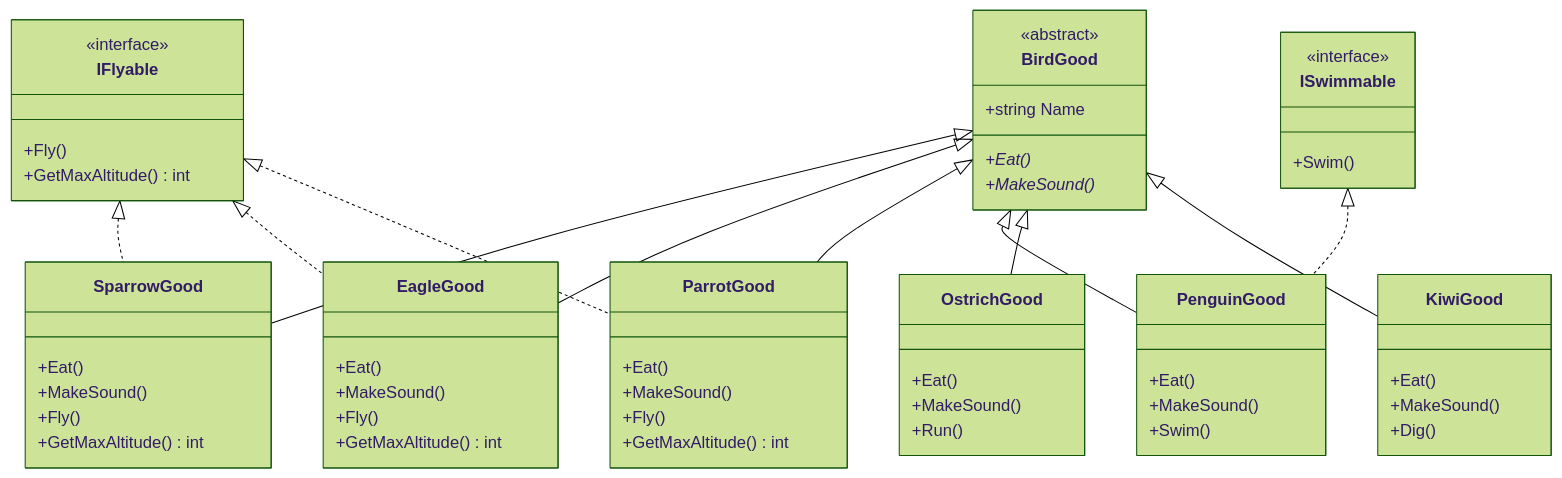
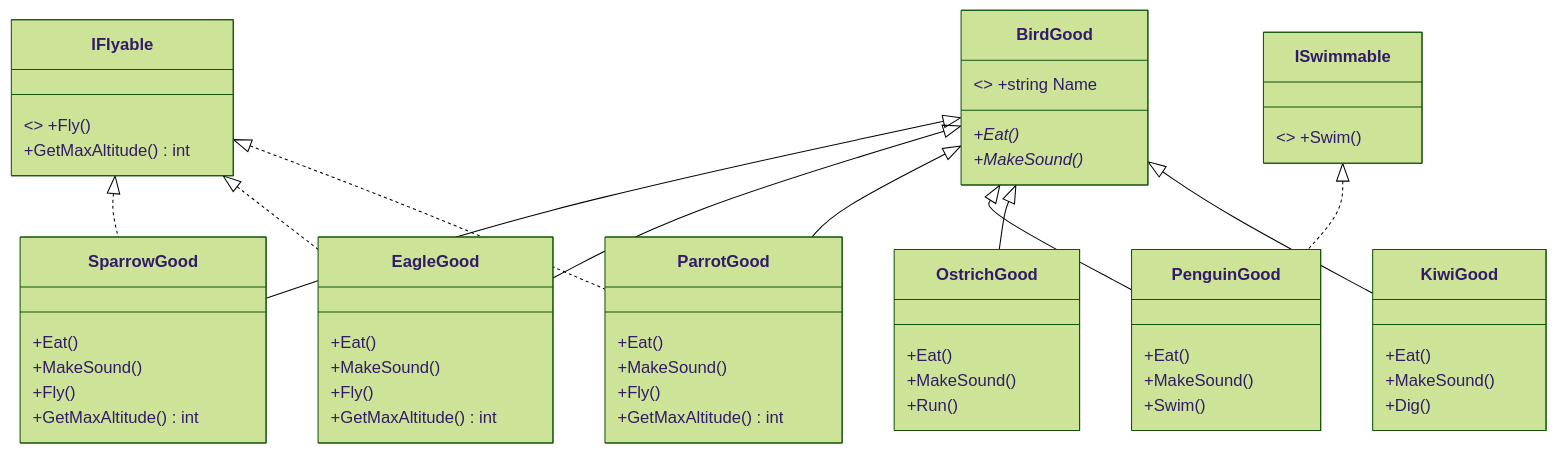
Before and after one commit to MrTomkaYurii/CSharp-OOP-Mastery: the third of 4 diagrams in 08-Architecture-And-Patterns/01-SOLID-Principles/OOP - SOLID/L/README.md, drawn with Mermaid (forest theme). The commit also changed other lines of this file and 246 other files, not shown here.

Commit message:
feat(architecture): restructure 08 around SOLID, Generic Host (Config & Logging), DI, AutoMapper, Spectre.Console and 3-tier EF Core app

````diff
--- a/08-Architecture-And-Patterns/01-SOLID-Principles/OOP - SOLID/L/README.md
+++ b/08-Architecture-And-Patterns/01-SOLID-Principles/OOP - SOLID/L/README.md
@@ -214,72 +213,69 @@
 ```mermaid
 classDiagram
     class BirdGood {
-        <<abstract>>
-        +string Name
+        <<abstract>> +string Name
         +Eat()*
         +MakeSound()*
     }
 
     class IFlyable {
-        <<interface>>
-        +Fly()
+        <<interface>> +Fly()
         +GetMaxAltitude() int
     }
 
     class ISwimmable {
-        <<interface>>
-        +Swim()
+        <<interface>> +Swim()
     }
 
     class SparrowGood {
         +Eat()
         +MakeSound()
         +Fly()
         +GetMaxAltitude() int
     }
 
     class EagleGood {
         +Eat()
         +MakeSound()
         +Fly()
         +GetMaxAltitude() int
     }
 
     class ParrotGood {
         +Eat()
         +MakeSound()
         +Fly()
         +GetMaxAltitude() int
     }
 
     class PenguinGood {
         +Eat()
         +MakeSound()
         +Swim()
     }
 
     class OstrichGood {
         +Eat()
         +MakeSound()
         +Run()
     }
 
     class KiwiGood {
         +Eat()
         +MakeSound()
         +Dig()
     }
 
     BirdGood <|-- SparrowGood
     BirdGood <|-- EagleGood
     BirdGood <|-- ParrotGood
     BirdGood <|-- PenguinGood
     BirdGood <|-- OstrichGood
     BirdGood <|-- KiwiGood
 
     IFlyable <|.. SparrowGood
     IFlyable <|.. EagleGood
     IFlyable <|.. ParrotGood
 
     ISwimmable <|.. PenguinGood
 ```
````
